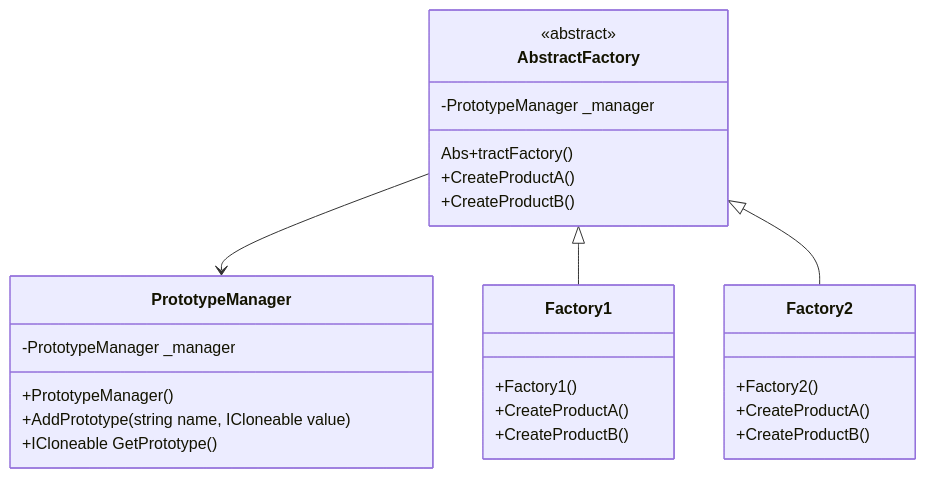
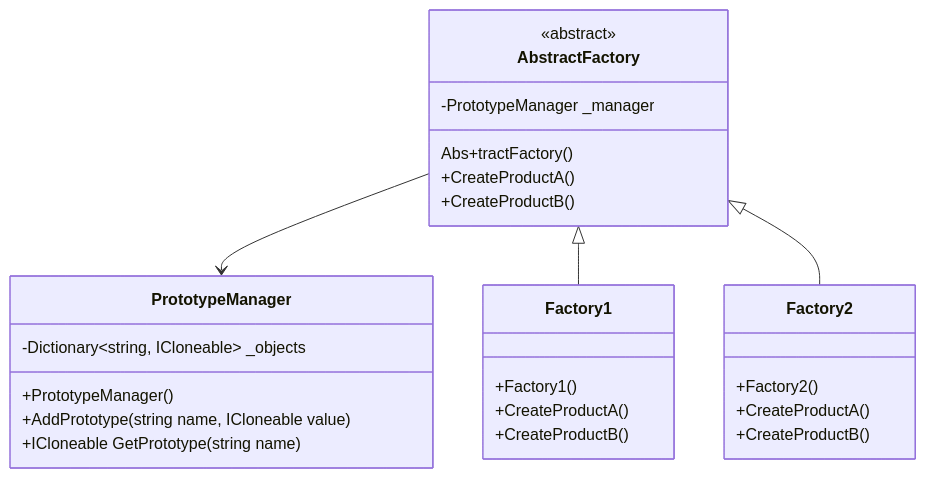
Before and after one commit to thunderstormwang/CodingNote: the second of 2 diagrams in design_pattern/prototype.md, drawn with Mermaid. The commit also changed 1 other file, not shown here.

Commit message:
modify notes, 2nd round

````diff
--- a/design_pattern/prototype.md
+++ b/design_pattern/prototype.md
@@ -317,33 +317,33 @@
 ```mermaid
 classDiagram
 class PrototypeManager {
-    -PrototypeManager _manager
+    -Dictionary~string, ICloneable~ _objects
     +PrototypeManager()
     +AddPrototype(string name, ICloneable value)
-    +ICloneable GetPrototype()
+    +ICloneable GetPrototype(string name)
 }
 
 class AbstractFactory {
     <<abstract>>
     -PrototypeManager _manager
     Abs+tractFactory()
     +CreateProductA()
     +CreateProductB()
 }
 
 class Factory1 {
     +Factory1()
     +CreateProductA()
     +CreateProductB()
 }
 
 class Factory2 {
     +Factory2()
     +CreateProductA()
     +CreateProductB()
 }
 
 AbstractFactory --> PrototypeManager
 AbstractFactory <|-- Factory1
 AbstractFactory <|-- Factory2
 ```
````
